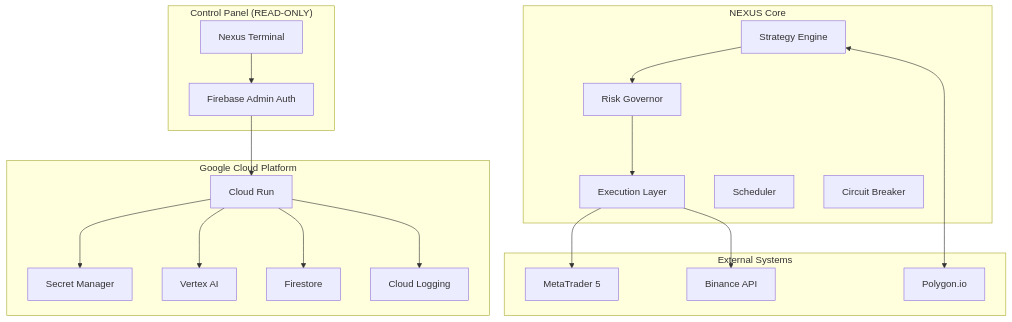
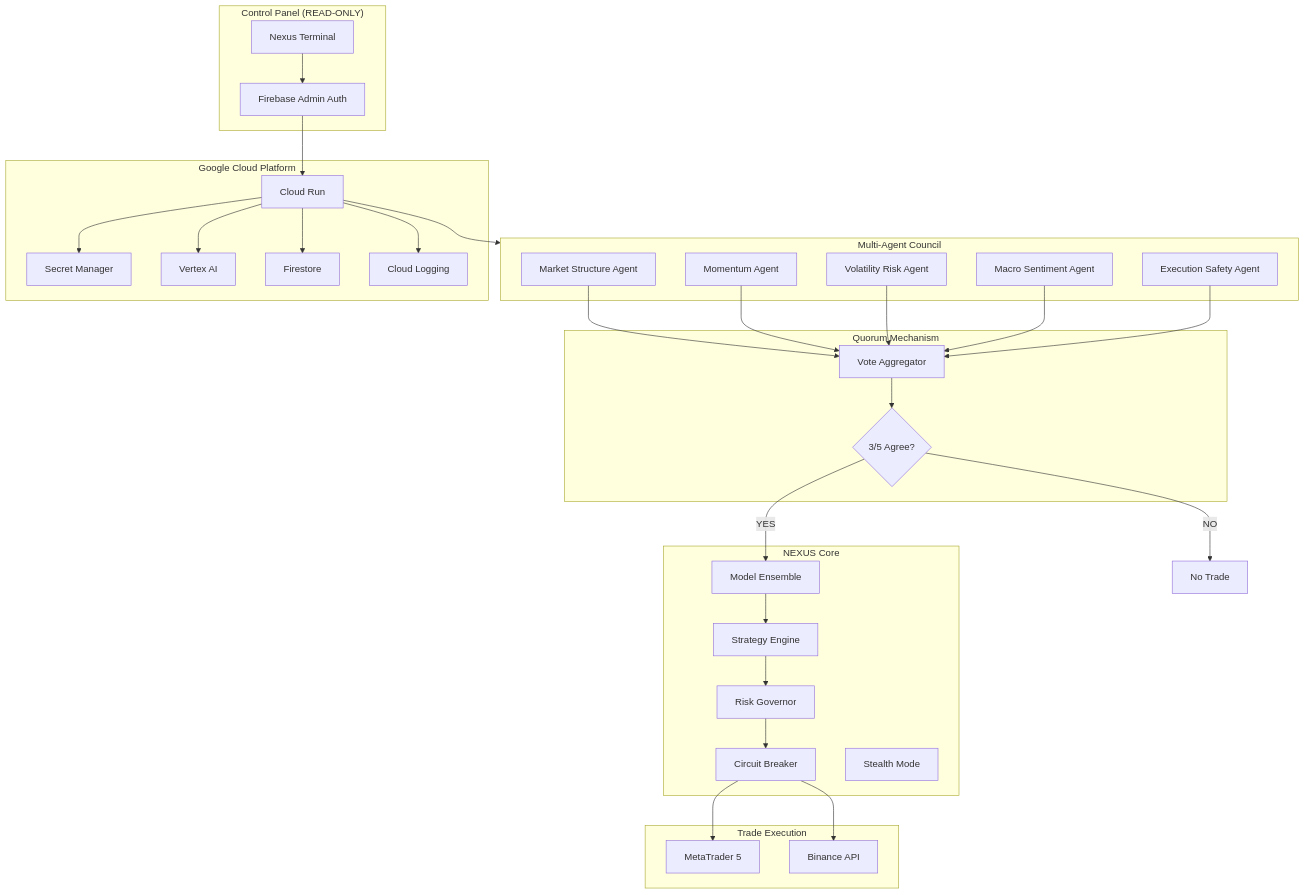
Before and after one commit to Next2004shop/nexus-os: the diagram in nexus-genesis/README.md, drawn with Mermaid. The commit also changed other lines of this file and 12 other files, not shown here.

Commit message:
feat: Introduce sovereign system with multi-agent council, model ensemble, and stealth mode for enhanced trade execution.

````diff
--- a/nexus-genesis/README.md
+++ b/nexus-genesis/README.md
@@ -12,40 +16,62 @@
 ```mermaid
 flowchart TB
     subgraph Frontend["Control Panel (READ-ONLY)"]
         UI[Nexus Terminal]
         Auth[Firebase Admin Auth]
+    end
+    
+    subgraph Council["Multi-Agent Council"]
+        MSA[Market Structure Agent]
+        MOM[Momentum Agent]
+        VOL[Volatility Risk Agent]
+        MAC[Macro Sentiment Agent]
+        EXE[Execution Safety Agent]
+    end
+    
+    subgraph Quorum["Quorum Mechanism"]
+        VOTE[Vote Aggregator]
+        DECISION{3/5 Agree?}
     end
     
     subgraph Cloud["Google Cloud Platform"]
         CR[Cloud Run]
         SM[Secret Manager]
         VA[Vertex AI]
         FS[Firestore]
         CL[Cloud Logging]
     end
     
     subgraph Backend["NEXUS Core"]
+        ENS[Model Ensemble]
         SE[Strategy Engine]
         RE[Risk Governor]
-        EX[Execution Layer]
-        SC[Scheduler]
-        CB[Circuit Breaker]
+        CBR[Circuit Breaker]
+        ST[Stealth Mode]
     end
     
-    subgraph External["External Systems"]
+    subgraph Execution["Trade Execution"]
         MT5[MetaTrader 5]
         BN[Binance API]
-        PG[Polygon.io]
     end
     
     UI --> Auth --> CR
+    CR --> Council
+    
+    MSA --> VOTE
+    MOM --> VOTE
+    VOL --> VOTE
+    MAC --> VOTE
+    EXE --> VOTE
+    
+    VOTE --> DECISION
+    DECISION -->|YES| ENS
+    DECISION -->|NO| HALT[No Trade]
+    ENS --> SE --> RE --> CBR
+    CBR --> MT5
+    CBR --> BN
+    
     CR --> SM
     CR --> VA
     CR --> FS
     CR --> CL
-    
-    SE --> RE --> EX
-    EX --> MT5
-    EX --> BN
-    SE <--> PG
 ```
````
